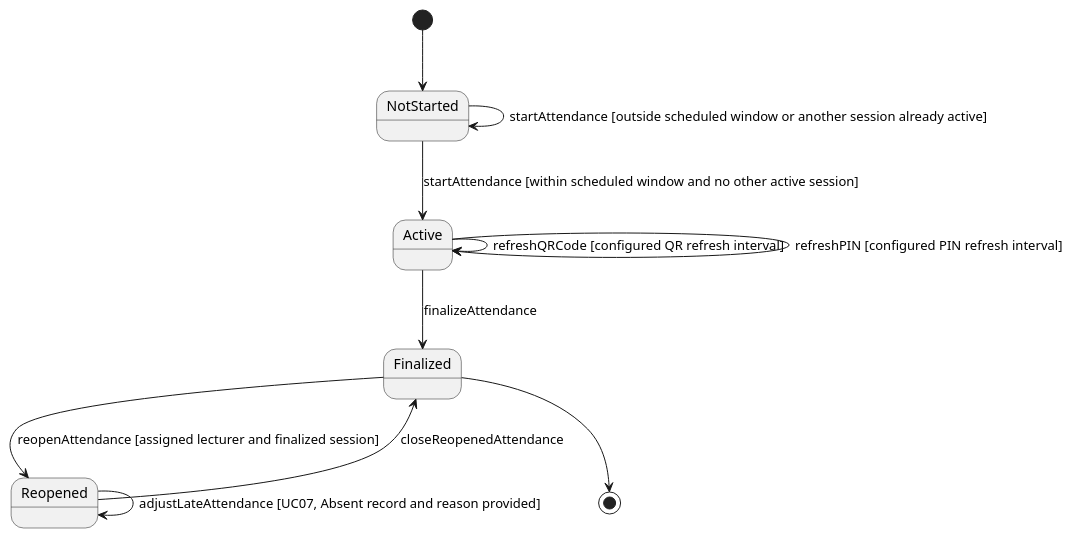
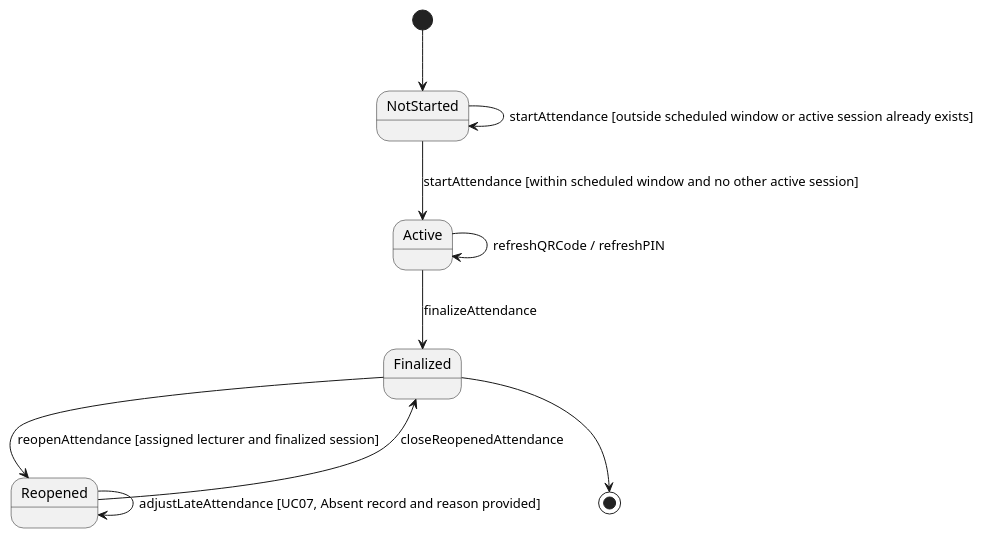
One commit to nttung42/SWD392 changed diagram 25 of 26 in docs/rds/2_Analysis.md. Above: the diagram before and after it, drawn with PlantUML. The commit also changed other lines of this file and 2 other files, not shown here.

````diff
--- a/docs/rds/2_Analysis.md
+++ b/docs/rds/2_Analysis.md
@@ -1121,16 +1122,15 @@
 ```plantuml
 @startuml
 skinparam style strictuml
 [*] --> NotStarted
 NotStarted --> Active : startAttendance [within scheduled window and no other active session]
-NotStarted --> NotStarted : startAttendance [outside scheduled window or another session already active]
+NotStarted --> NotStarted : startAttendance [outside scheduled window or active session already exists]
 
-Active --> Active : refreshQRCode [configured QR refresh interval]
-Active --> Active : refreshPIN [configured PIN refresh interval]
+Active --> Active : refreshQRCode / refreshPIN
 Active --> Finalized : finalizeAttendance
 Finalized --> Reopened : reopenAttendance [assigned lecturer and finalized session]
 Reopened --> Reopened : adjustLateAttendance [UC07, Absent record and reason provided]
 Reopened --> Finalized : closeReopenedAttendance
 Finalized --> [*]
 @enduml
 ```
````
